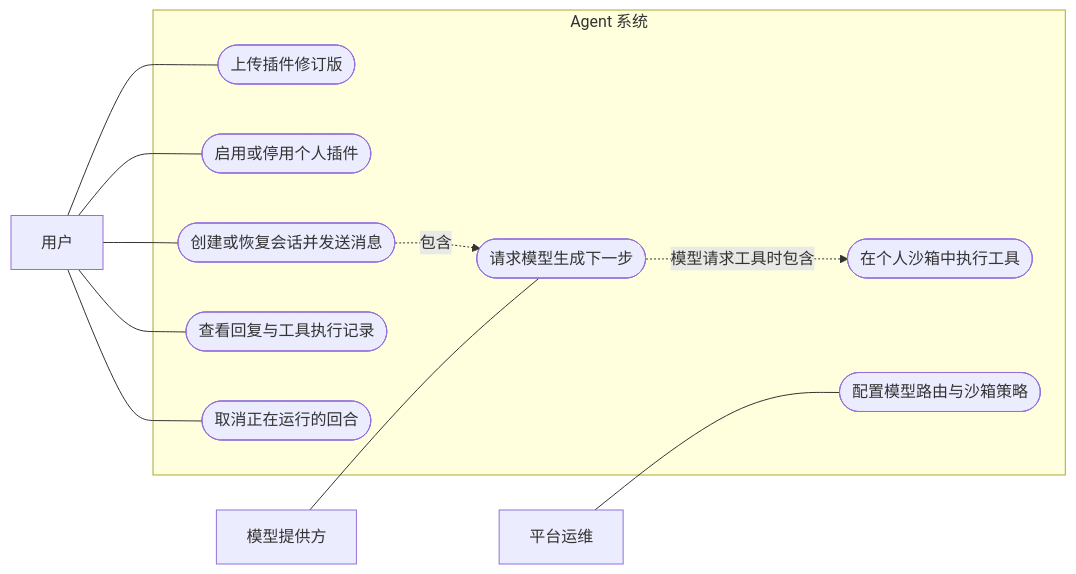
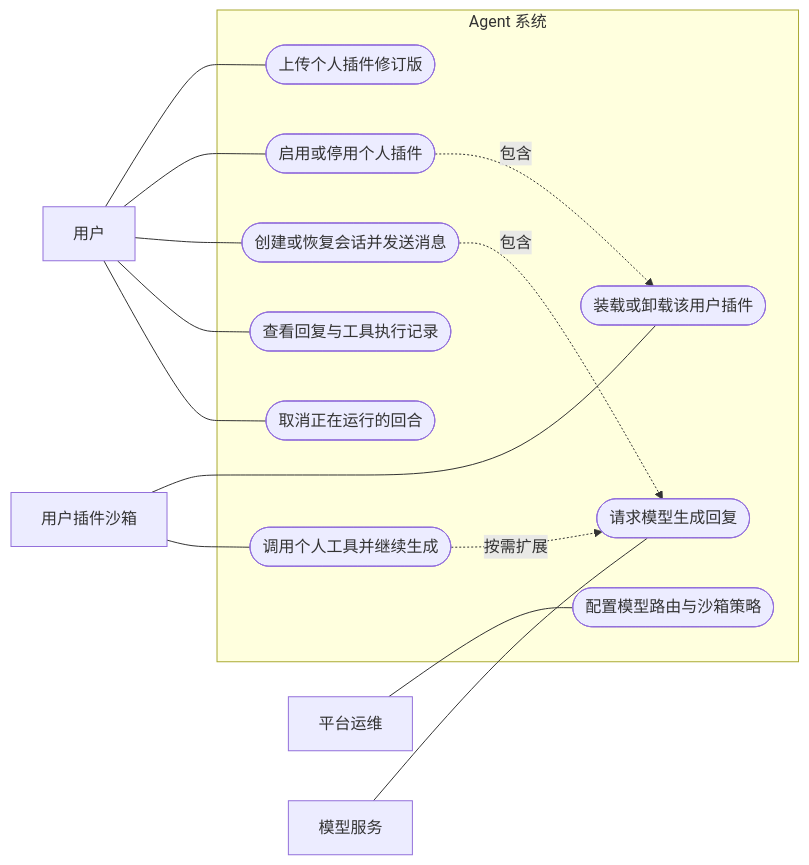
The first of 4 diagrams in docs/superpowers/specs/2026-10-01-agent-harness-design.md (KiJune-309/ai-harness), drawn with Mermaid before and after one commit. The commit also changed other lines of this file, not shown here.

Commit message:
docs(ai-runtime): 使用 graph LR 绘制用例图

````diff
--- a/docs/superpowers/specs/2026-10-01-agent-harness-design.md
+++ b/docs/superpowers/specs/2026-10-01-agent-harness-design.md
@@ -32,27 +32,32 @@
 ```mermaid
-flowchart LR
+graph LR
     user["用户"]
-    model["模型提供方"]
     operator["平台运维"]
+    model["模型服务"]
+    sandbox["用户插件沙箱"]
 
     subgraph system["Agent 系统"]
-        upload(["上传插件修订版"])
+        configure(["配置模型路由与沙箱策略"])
+        upload(["上传个人插件修订版"])
         enable(["启用或停用个人插件"])
+        mount(["装载或卸载该用户插件"])
         chat(["创建或恢复会话并发送消息"])
-        stream(["查看回复与工具执行记录"])
+        invoke(["请求模型生成回复"])
+        execute(["调用个人工具并继续生成"])
+        history(["查看回复与工具执行记录"])
         cancel(["取消正在运行的回合"])
-        invoke(["请求模型生成下一步"])
-        execute(["在个人沙箱中执行工具"])
-        provision(["配置模型路由与沙箱策略"])
     end
 
     user --- upload
     user --- enable
     user --- chat
-    user --- stream
+    user --- history
     user --- cancel
-    operator --- provision
+    operator --- configure
+    model --- invoke
+    sandbox --- mount
+    sandbox --- execute
+    enable -.->|包含| mount
     chat -.->|包含| invoke
-    invoke -.->|模型请求工具时包含| execute
-    model --- invoke
+    execute -.->|按需扩展| invoke
 ```
````
